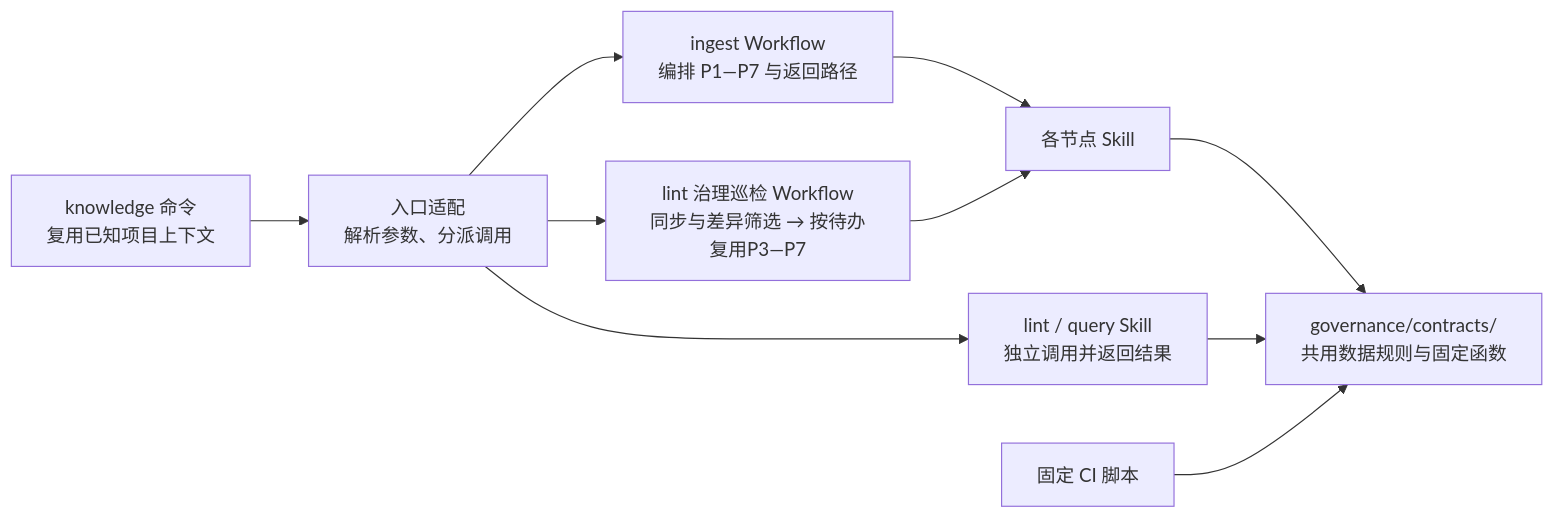
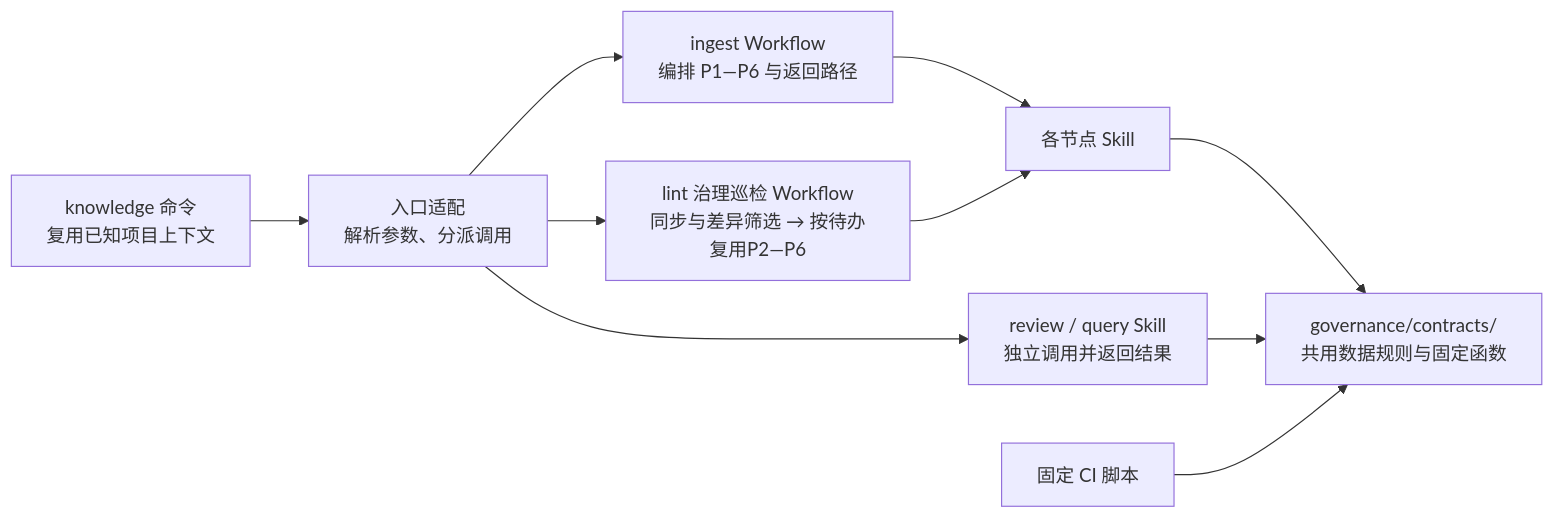
One commit to Robin-hhc/FactumCore changed diagram 11 of 27 in himate/himate-knowledge-wifi-mp/docs-llm-wiki/知识库详细设计.md. Above: the diagram before and after it, drawn with Mermaid. The commit also changed other lines of this file and 190 other files, not shown here.

````diff
--- a/himate/himate-knowledge-wifi-mp/docs-llm-wiki/知识库详细设计.md
+++ b/himate/himate-knowledge-wifi-mp/docs-llm-wiki/知识库详细设计.md
@@ -425,12 +426,12 @@
 ```mermaid
 flowchart LR
     CMD["knowledge 命令<br/>复用已知项目上下文"] --> ADAPT["入口适配<br/>解析参数、分派调用"]
-    ADAPT --> INGEST["ingest Workflow<br/>编排 P1—P7 与返回路径"]
-    ADAPT --> AUDIT["lint 治理巡检 Workflow<br/>同步与差异筛选 → 按待办复用P3—P7"]
-    ADAPT --> SKILL["lint / query Skill<br/>独立调用并返回结果"]
+    ADAPT --> INGEST["ingest Workflow<br/>编排 P1—P6 与返回路径"]
+    ADAPT --> AUDIT["lint 治理巡检 Workflow<br/>同步与差异筛选 → 按待办复用P2—P6"]
+    ADAPT --> SKILL["review / query Skill<br/>独立调用并返回结果"]
     INGEST --> NODE["各节点 Skill"]
     AUDIT --> NODE
     NODE --> CORE["governance/contracts/<br/>共用数据规则与固定函数"]
     SKILL --> CORE
     CI["固定 CI 脚本"] --> CORE
 ```
````
